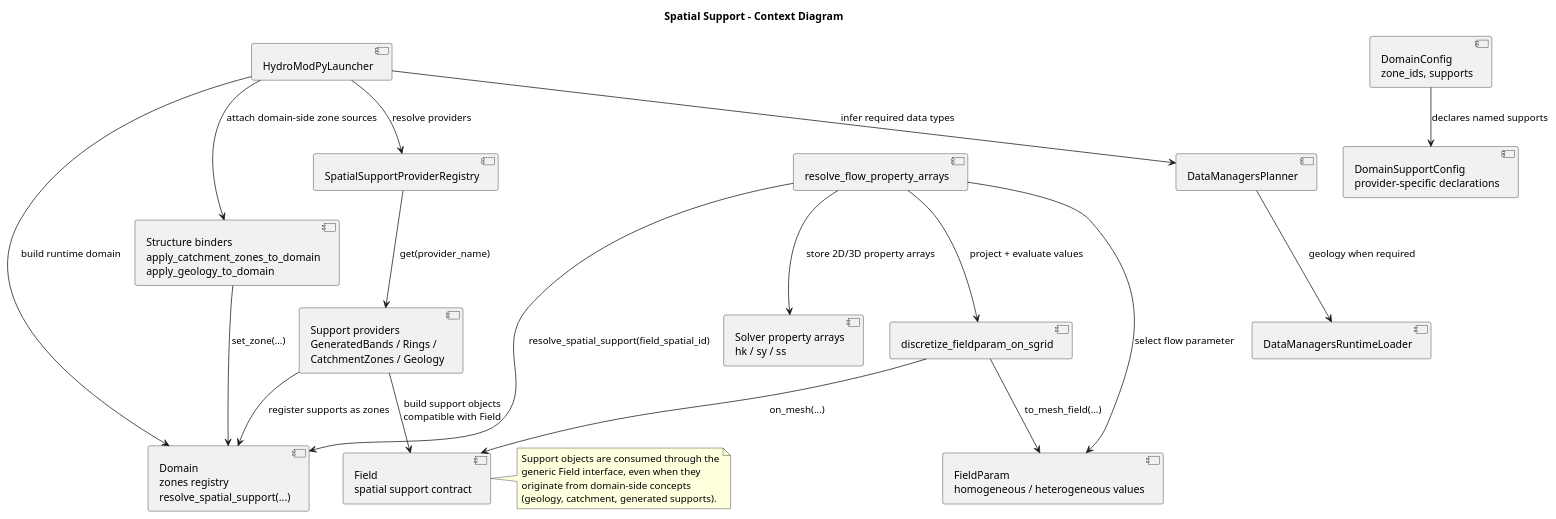
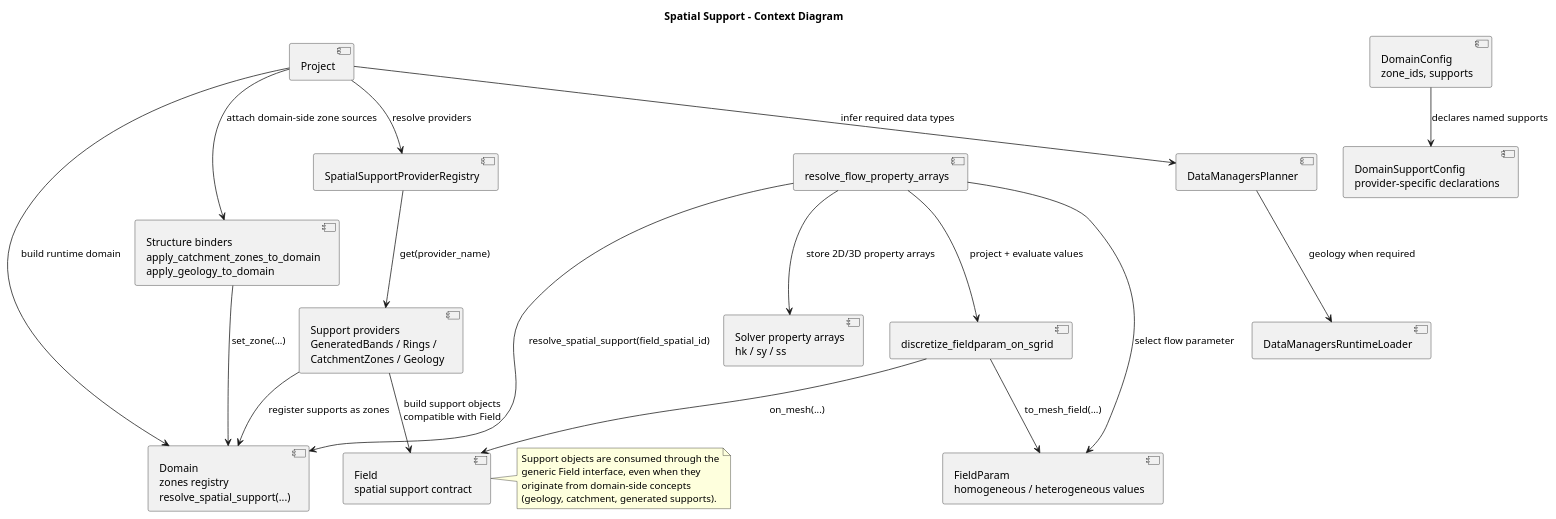
One commit to HydroModPy/HydroModPy changed the diagram in docs/readthedocs/source/architecture/spatial_support/diagrams/spatial_support_context.wsd. Above: the diagram before and after it, drawn with PlantUML. The commit also changed 21 other files, not shown here.

Commit message:
[docs] - drop remaining launcher refs from architecture and scientific docs

```diff
--- a/docs/readthedocs/source/architecture/spatial_support/diagrams/spatial_support_context.wsd
+++ b/docs/readthedocs/source/architecture/spatial_support/diagrams/spatial_support_context.wsd
@@ -1,43 +1,43 @@
 @startuml
 title Spatial Support - Context Diagram
 
 component "DomainConfig\nzone_ids, supports" as DomainConfig
 component "DomainSupportConfig\nprovider-specific declarations" as SupportConfig
-component "HydroModPyLauncher" as Launcher
+component "Project" as Project
 component "DataManagersPlanner" as Planner
 component "DataManagersRuntimeLoader" as Loader
 component "Structure binders\napply_catchment_zones_to_domain\napply_geology_to_domain" as Binders
 component "Domain\nzones registry\nresolve_spatial_support(...)" as Domain
 component "SpatialSupportProviderRegistry" as Registry
 component "Support providers\nGeneratedBands / Rings /\nCatchmentZones / Geology" as Providers
 component "Field\nspatial support contract" as Field
 component "FieldParam\nhomogeneous / heterogeneous values" as FieldParam
 component "discretize_fieldparam_on_sgrid" as Discretizer
 component "resolve_flow_property_arrays" as PropertyMapping
 component "Solver property arrays\nhk / sy / ss" as SolverArrays
 
 DomainConfig --> SupportConfig : declares named supports
-Launcher --> Planner : infer required data types
+Project --> Planner : infer required data types
 Planner --> Loader : geology when required
-Launcher --> Domain : build runtime domain
-Launcher --> Binders : attach domain-side zone sources
+Project --> Domain : build runtime domain
+Project --> Binders : attach domain-side zone sources
 Binders --> Domain : set_zone(...)
-Launcher --> Registry : resolve providers
+Project --> Registry : resolve providers
 Registry --> Providers : get(provider_name)
 Providers --> Field : build support objects\ncompatible with Field
 Providers --> Domain : register supports as zones
 PropertyMapping --> FieldParam : select flow parameter
 PropertyMapping --> Domain : resolve_spatial_support(field_spatial_id)
 PropertyMapping --> Discretizer : project + evaluate values
 Discretizer --> Field : on_mesh(...)
 Discretizer --> FieldParam : to_mesh_field(...)
 PropertyMapping --> SolverArrays : store 2D/3D property arrays
 
 note right of Field
 Support objects are consumed through the
 generic Field interface, even when they
 originate from domain-side concepts
 (geology, catchment, generated supports).
 end note
 
 @enduml
```
